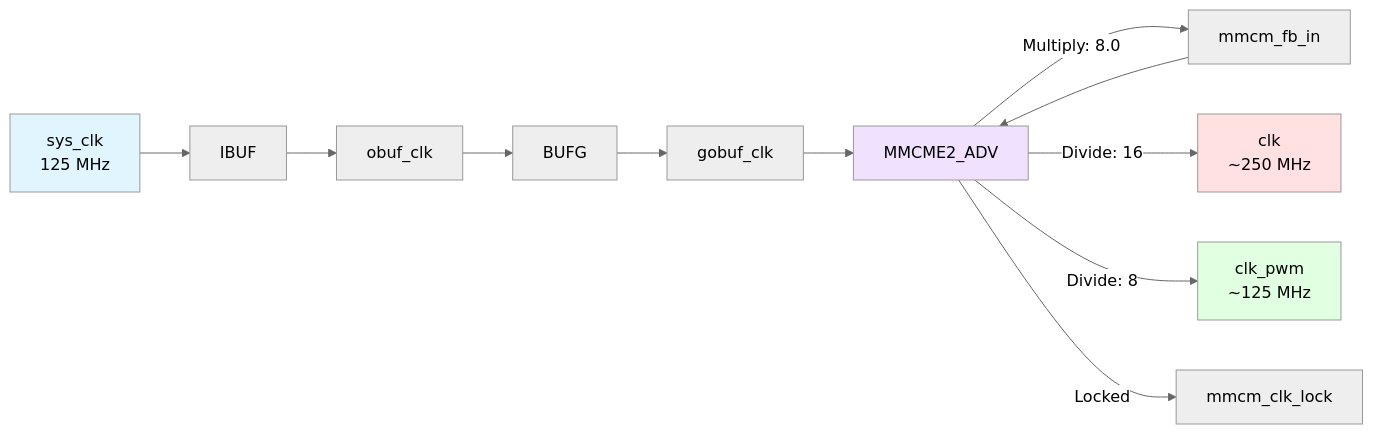
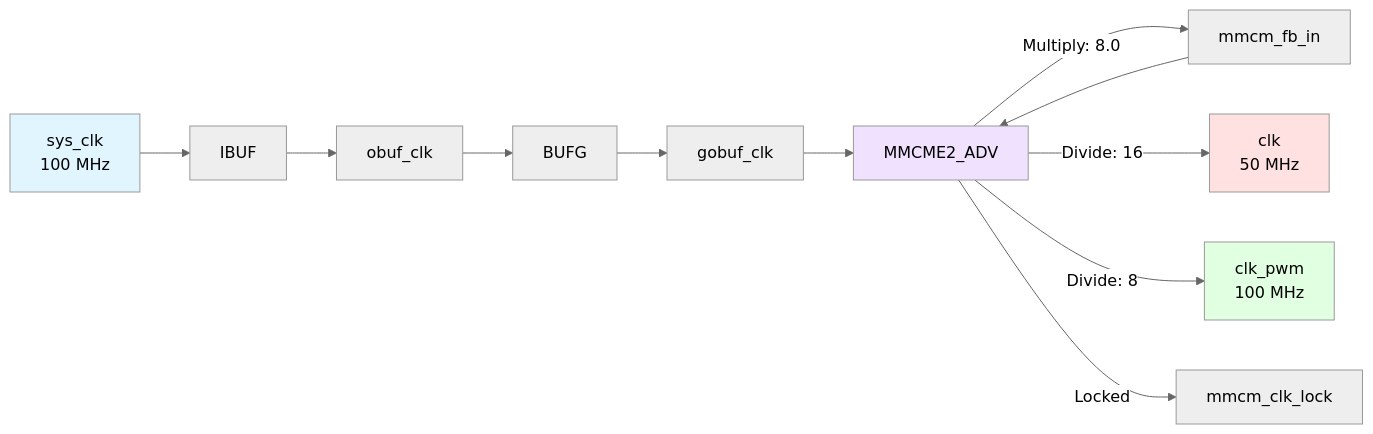
The second of 6 diagrams in docs/src/main.md (ekazakov1507/pwm_demo), drawn with Mermaid (neutral theme) before and after one commit. The commit also changed other lines of this file and 10 other files, not shown here.

````diff
--- a/docs/src/main.md
+++ b/docs/src/main.md
@@ -119,20 +140,20 @@
 ```mermaid
 graph LR
-    SYSCLK[sys_clk<br/>125 MHz] --> IBUF[IBUF]
+    SYSCLK[sys_clk<br/>100 MHz] --> IBUF[IBUF]
     IBUF --> OBUF_CLK[obuf_clk]
     OBUF_CLK --> BUFG[BUFG]
     BUFG --> GOBUF_CLK[gobuf_clk]
 
     GOBUF_CLK --> MMCM[MMCME2_ADV]
     MMCM -->|Multiply: 8.0| FB[mmcm_fb_in]
     FB --> MMCM
 
-    MMCM -->|Divide: 16| CLK[clk<br/>~250 MHz]
-    MMCM -->|Divide: 8| CLK_PWM[clk_pwm<br/>~125 MHz]
+    MMCM -->|Divide: 16| CLK[clk<br/>50 MHz]
+    MMCM -->|Divide: 8| CLK_PWM[clk_pwm<br/>100 MHz]
     MMCM -->|Locked| LOCK[mmcm_clk_lock]
 
     style SYSCLK fill:#e1f5ff
     style CLK fill:#ffe1e1
     style CLK_PWM fill:#e1ffe1
     style MMCM fill:#f0e1ff
 ```
````
